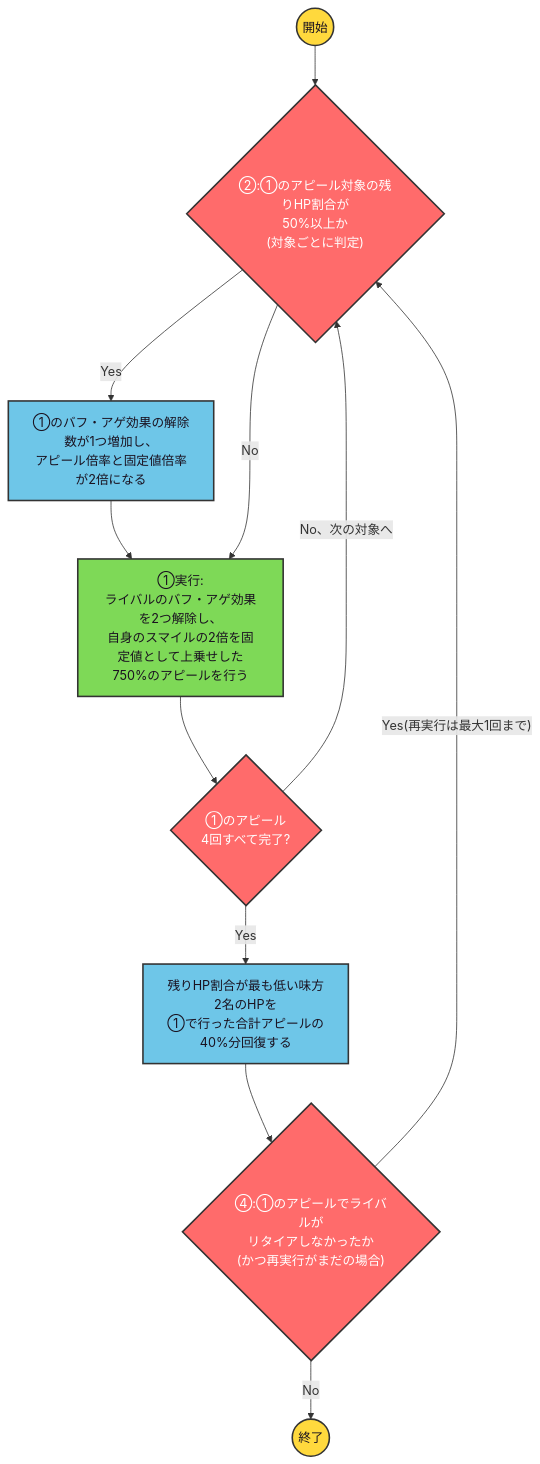
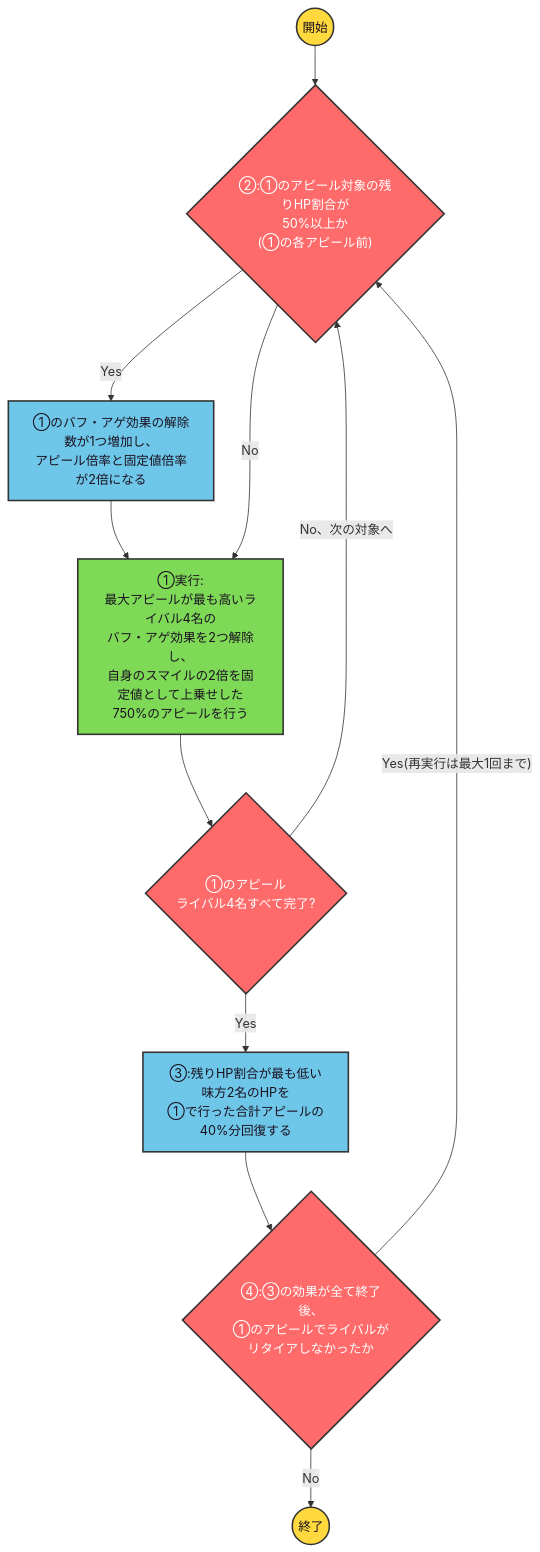
Before and after one commit to ryomochi0918/nogifra-characters: the diagram in data/yumiki_nao/11thbasura4kisei_skill2.mmd, drawn with Mermaid. The commit also changed 286 other files, not shown here.

```diff
--- a/data/yumiki_nao/11thbasura4kisei_skill2.mmd
+++ b/data/yumiki_nao/11thbasura4kisei_skill2.mmd
@@ -1,15 +1,15 @@
 flowchart TD
     classDef startend fill:#FFD93D,stroke:#333,stroke-width:2px,color:#1a1220;
     classDef cond fill:#FF6B6B,stroke:#333,stroke-width:2px,color:#ffffff;
     classDef effect fill:#6EC6E8,stroke:#333,stroke-width:2px,color:#1a1220;
     classDef action fill:#7ED957,stroke:#333,stroke-width:2px,color:#1a1220;
 
-    start(("開始")):::startend --> c2{"②:①のアピール対象の残りHP割合が<br/>50%以上か<br/>(対象ごとに判定)"}:::cond
+    start(("開始")):::startend --> c2{"②:①のアピール対象の残りHP割合が<br/>50%以上か<br/>(①の各アピール前)"}:::cond
     c2 -->|"Yes"| e2["①のバフ・アゲ効果の解除数が1つ増加し、<br/>アピール倍率と固定値倍率が2倍になる"]:::effect --> a1
-    c2 -->|"No"| a1["①実行:<br/>ライバルのバフ・アゲ効果を2つ解除し、<br/>自身のスマイルの2倍を固定値として上乗せした<br/>750%のアピールを行う"]:::action
-    a1 --> lc{"①のアピール<br/>4回すべて完了?"}:::cond
-    lc -->|"No、次の対象へ"| c2
-    lc -->|"Yes"| e3["残りHP割合が最も低い味方2名のHPを<br/>①で行った合計アピールの40%分回復する"]:::effect --> c4
-    c4{"④:①のアピールでライバルが<br/>リタイアしなかったか<br/>(かつ再実行がまだの場合)"}:::cond
+    c2 -->|"No"| a1["①実行:<br/>最大アピールが最も高いライバル4名の<br/>バフ・アゲ効果を2つ解除し、<br/>自身のスマイルの2倍を固定値として上乗せした<br/>750%のアピールを行う"]:::action
+    a1 --> lc1{"①のアピール<br/>ライバル4名すべて完了?"}:::cond
+    lc1 -->|"No、次の対象へ"| c2
+    lc1 -->|"Yes"| e3["③:残りHP割合が最も低い味方2名のHPを<br/>①で行った合計アピールの40%分回復する"]:::effect --> c4
+    c4{"④:③の効果が全て終了後、<br/>①のアピールでライバルが<br/>リタイアしなかったか"}:::cond
     c4 -->|"Yes(再実行は最大1回まで)"| c2
     c4 -->|"No"| finish(("終了")):::startend
```
